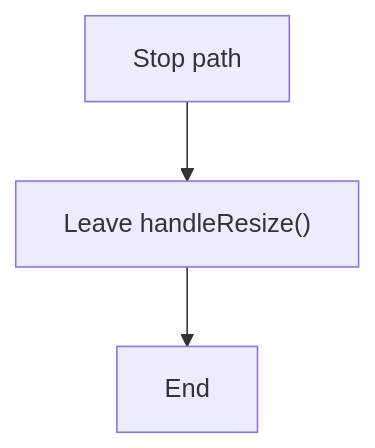
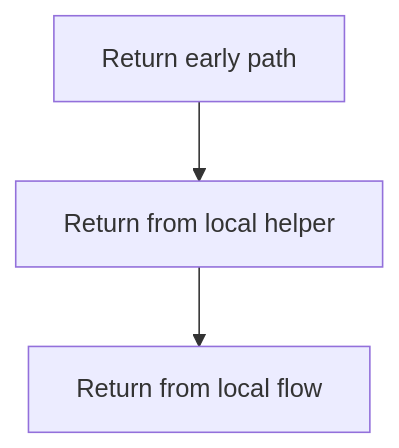
One commit to JohnAndrewBalbarosa/NeoTerritory changed the fourth of 4 diagrams in docs/Codebase/Frontend/scripts/sidebar/sidebar_program_flow.js.md. Above: the diagram before and after it, drawn with Mermaid. The commit also changed other lines of this file and 915 other files, not shown here.

````diff
--- a/docs/Codebase/Frontend/scripts/sidebar/sidebar_program_flow.js.md
+++ b/docs/Codebase/Frontend/scripts/sidebar/sidebar_program_flow.js.md
@@ -82,8 +82,8 @@
 ```mermaid
 flowchart TD
-    N0["Stop path"]
-    N1["Leave handleResize()"]
-    N2["End"]
+    N0["Return early path"]
+    N1["Return from local helper"]
+    N2["Return from local flow"]
     N0 --> N1
     N1 --> N2
 ```
````
